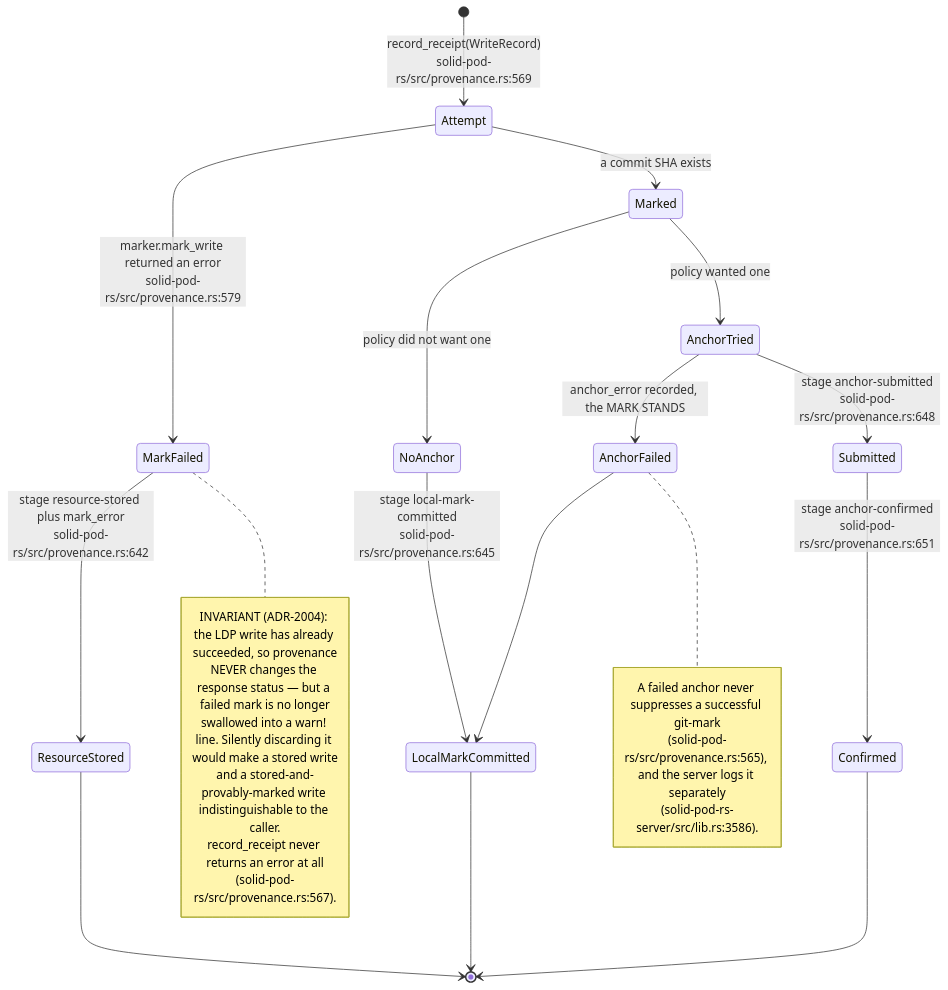
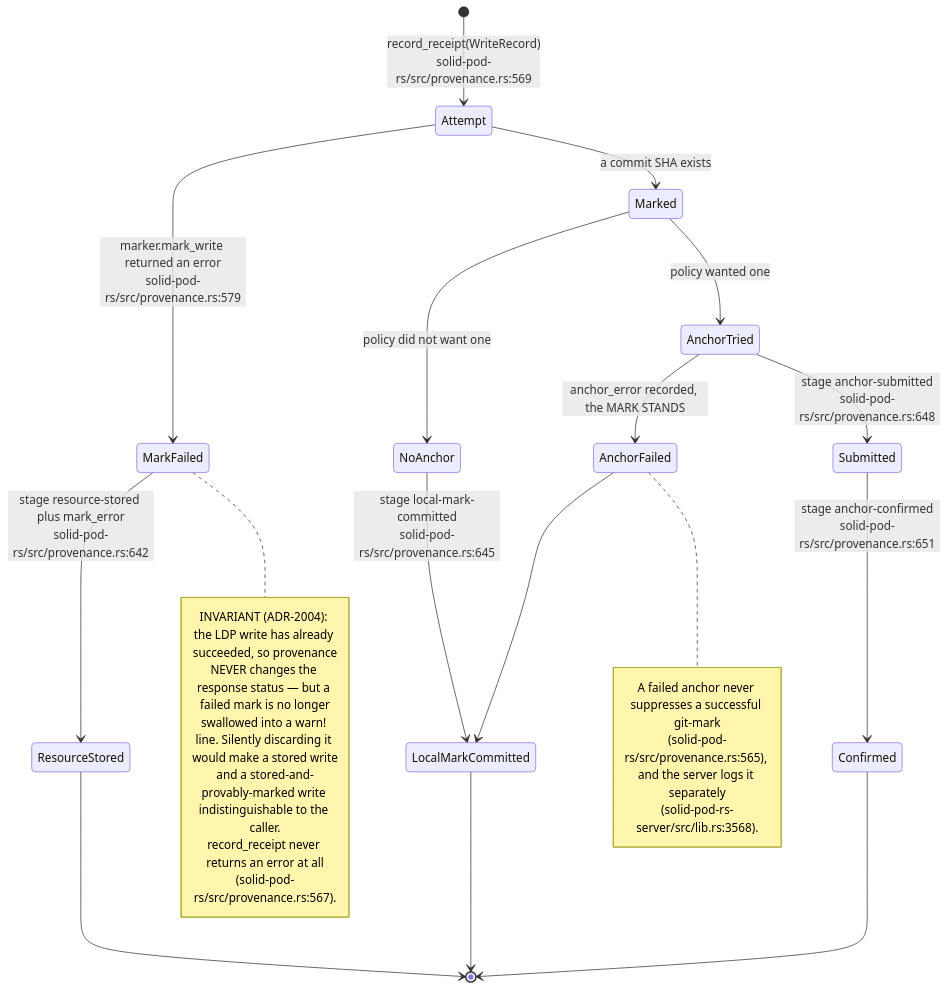
Before and after one commit to DreamLab-AI/VisionFlow: the fourth of 17 diagrams in docs/diagrams/solid-pod-rs/07-provenance-and-payments.md, drawn with Mermaid. The commit also changed other lines of this file and 111 other files, not shown here.

Commit message:
docs(diagrams): align estate maps with current source

````diff
--- a/docs/diagrams/solid-pod-rs/07-provenance-and-payments.md
+++ b/docs/diagrams/solid-pod-rs/07-provenance-and-payments.md
@@ -117,34 +117,34 @@
 ```mermaid
 stateDiagram-v2
     [*] --> Attempt: record_receipt(WriteRecord)<br/>solid-pod-rs/src/provenance.rs:569
     Attempt --> MarkFailed: marker.mark_write returned an error<br/>solid-pod-rs/src/provenance.rs:579
     Attempt --> Marked: a commit SHA exists
 
     MarkFailed --> ResourceStored: stage resource-stored plus mark_error<br/>solid-pod-rs/src/provenance.rs:642
     Marked --> NoAnchor: policy did not want one
     Marked --> AnchorTried: policy wanted one
 
     NoAnchor --> LocalMarkCommitted: stage local-mark-committed<br/>solid-pod-rs/src/provenance.rs:645
     AnchorTried --> AnchorFailed: anchor_error recorded, the MARK STANDS
     AnchorTried --> Submitted: stage anchor-submitted<br/>solid-pod-rs/src/provenance.rs:648
     Submitted --> Confirmed: stage anchor-confirmed<br/>solid-pod-rs/src/provenance.rs:651
     AnchorFailed --> LocalMarkCommitted
 
     ResourceStored --> [*]
     LocalMarkCommitted --> [*]
     Confirmed --> [*]
 
     note right of MarkFailed
       INVARIANT (ADR-2004): the LDP write has already succeeded, so provenance
       NEVER changes the response status — but a failed mark is no longer
       swallowed into a warn! line. Silently discarding it would make a stored write
       and a stored-and-provably-marked write indistinguishable to the caller.
       record_receipt never returns an error at all
       (solid-pod-rs/src/provenance.rs:567).
     end note
     note right of AnchorFailed
       A failed anchor never suppresses a successful git-mark
       (solid-pod-rs/src/provenance.rs:565), and the server logs it separately
-      (solid-pod-rs-server/src/lib.rs:3586).
+      (solid-pod-rs-server/src/lib.rs:3568).
     end note
 ```
````
